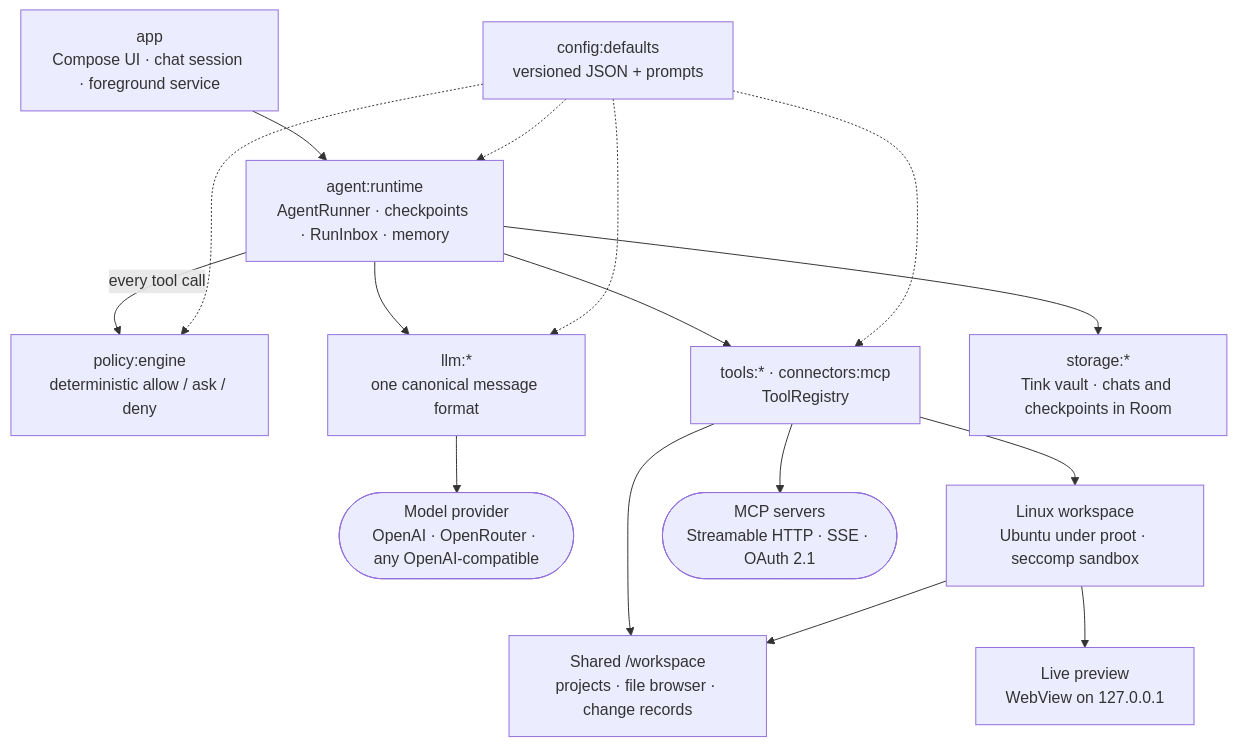
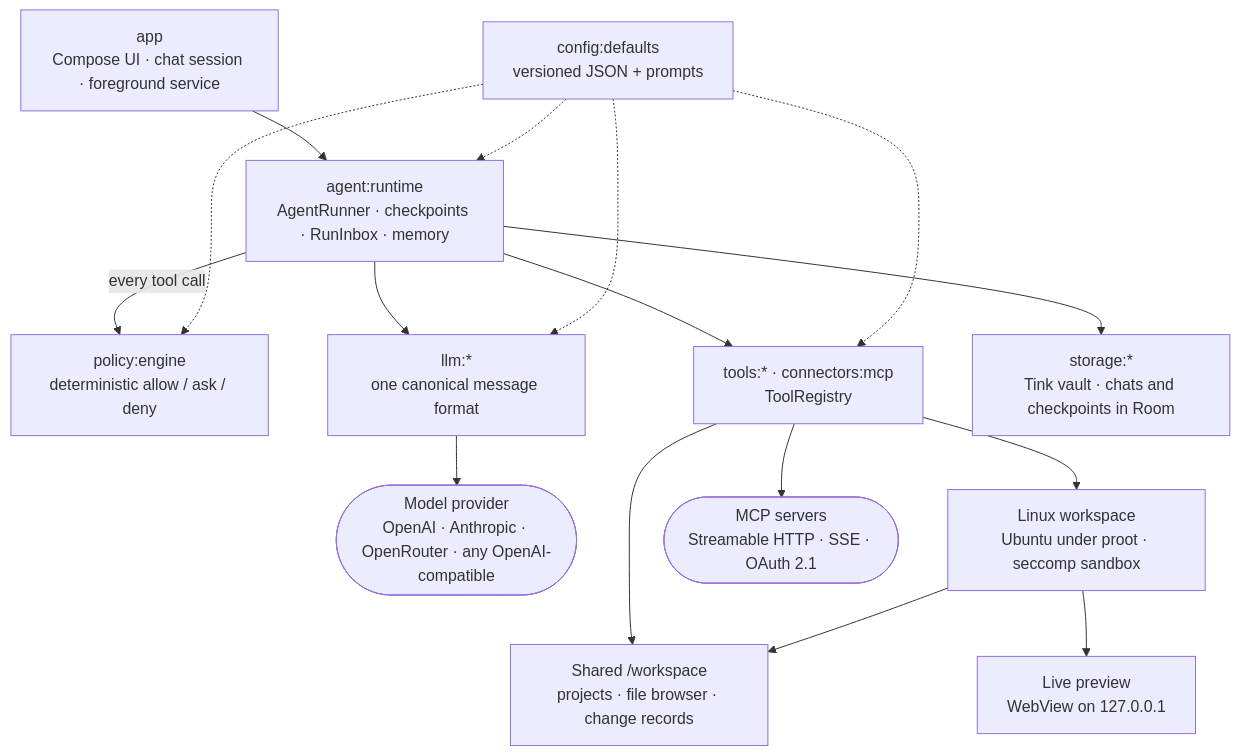
One commit to Arunprakaash/Whittle changed the diagram in README.md. Above: the diagram before and after it, drawn with Mermaid. The commit also changed other lines of this file and 16 other files, not shown here.

````diff
--- a/README.md
+++ b/README.md
@@ -26,27 +26,27 @@
 ```mermaid
 flowchart TB
     UI["app<br/>Compose UI · chat session · foreground service"]
     RUN["agent:runtime<br/>AgentRunner · checkpoints · RunInbox · memory"]
     POL["policy:engine<br/>deterministic allow / ask / deny"]
     LLM["llm:*<br/>one canonical message format"]
     TOOLS["tools:* · connectors:mcp<br/>ToolRegistry"]
     STORE["storage:*<br/>Tink vault · chats and checkpoints in Room"]
     CFG["config:defaults<br/>versioned JSON + prompts"]
-    PROV(["Model provider<br/>OpenAI · OpenRouter · any OpenAI-compatible"])
+    PROV(["Model provider<br/>OpenAI · Anthropic · OpenRouter · any OpenAI-compatible"])
     SANDBOX["Linux workspace<br/>Ubuntu under proot · seccomp sandbox"]
     FILES["Shared /workspace<br/>projects · file browser · change records"]
     PREVIEW["Live preview<br/>WebView on 127.0.0.1"]
     MCP(["MCP servers<br/>Streamable HTTP · SSE · OAuth 2.1"])
 
     UI --> RUN
     RUN --> LLM --> PROV
     RUN -- every tool call --> POL
     RUN --> TOOLS
     RUN --> STORE
     TOOLS --> SANDBOX
     TOOLS --> FILES
     SANDBOX --> FILES
     SANDBOX --> PREVIEW
     TOOLS --> MCP
     CFG -.-> RUN & POL & TOOLS & LLM
 ```
````
